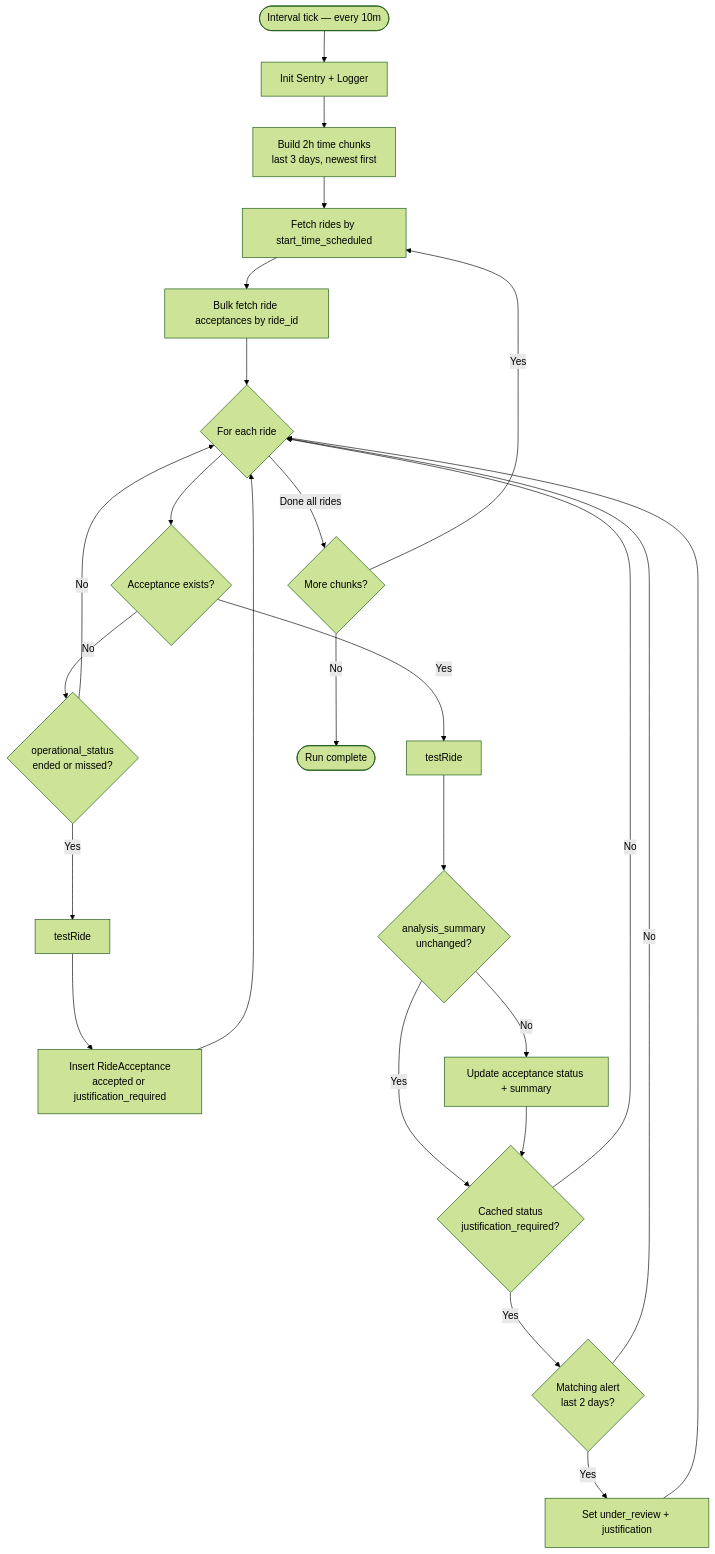
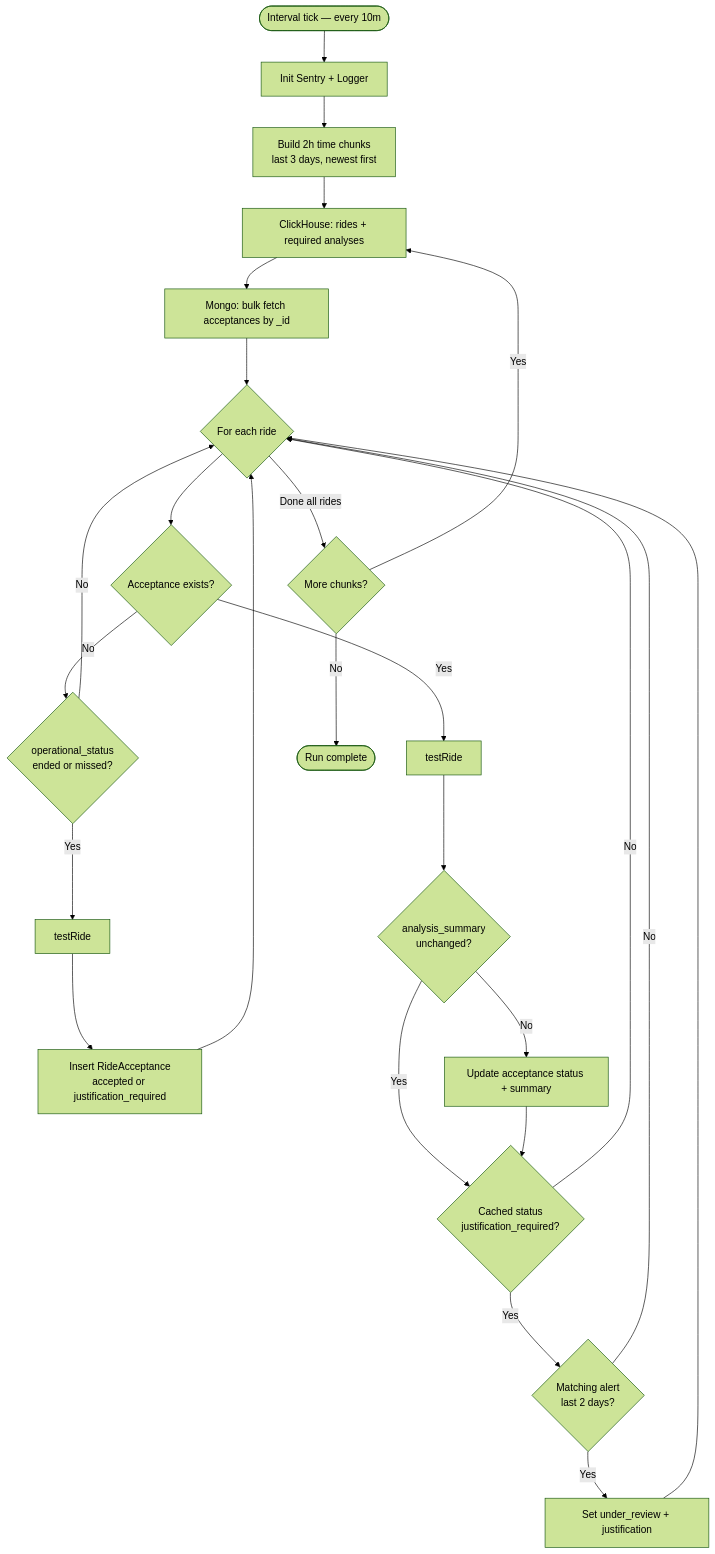
Before and after one commit to tmlmobilidade/go: the first of 2 diagrams in modules/controller/apps/rides-acceptor/README.md, drawn with Mermaid (forest theme). The commit also changed other lines of this file, not shown here.

First line of the commit message:
docs(rides-acceptor): update README to reflect changes in data sources and acceptance logic

````diff
--- a/modules/controller/apps/rides-acceptor/README.md
+++ b/modules/controller/apps/rides-acceptor/README.md
@@ -138,33 +150,33 @@
 ```mermaid
 flowchart TD
     Start([Interval tick — every 10m]) --> Init[Init Sentry + Logger]
     Init --> Chunks[Build 2h time chunks<br/>last 3 days, newest first]
-    Chunks --> FetchRides[Fetch rides by start_time_scheduled]
-    FetchRides --> FetchAcc[Bulk fetch ride acceptances by ride_id]
+    Chunks --> FetchRides[ClickHouse: rides + required analyses]
+    FetchRides --> FetchAcc[Mongo: bulk fetch acceptances by _id]
     FetchAcc --> Loop{For each ride}
 
     Loop --> HasAcc{Acceptance exists?}
 
     HasAcc -->|No| OpGate{operational_status<br/>ended or missed?}
     OpGate -->|No| Loop
     OpGate -->|Yes| TestCreate[testRide]
     TestCreate --> Insert[Insert RideAcceptance<br/>accepted or justification_required]
     Insert --> Loop
 
     HasAcc -->|Yes| TestUpdate[testRide]
     TestUpdate --> SummarySame{analysis_summary<br/>unchanged?}
     SummarySame -->|Yes| CheckAlert
     SummarySame -->|No| Update[Update acceptance status + summary]
     Update --> CheckAlert
 
     CheckAlert{Cached status<br/>justification_required?}
     CheckAlert -->|No| Loop
     CheckAlert -->|Yes| AlertLookup{Matching alert<br/>last 2 days?}
     AlertLookup -->|No| Loop
     AlertLookup -->|Yes| Justify[Set under_review + justification]
     Justify --> Loop
 
     Loop -->|Done all rides| NextChunk{More chunks?}
     NextChunk -->|Yes| FetchRides
     NextChunk -->|No| End([Run complete])
 ```
````
